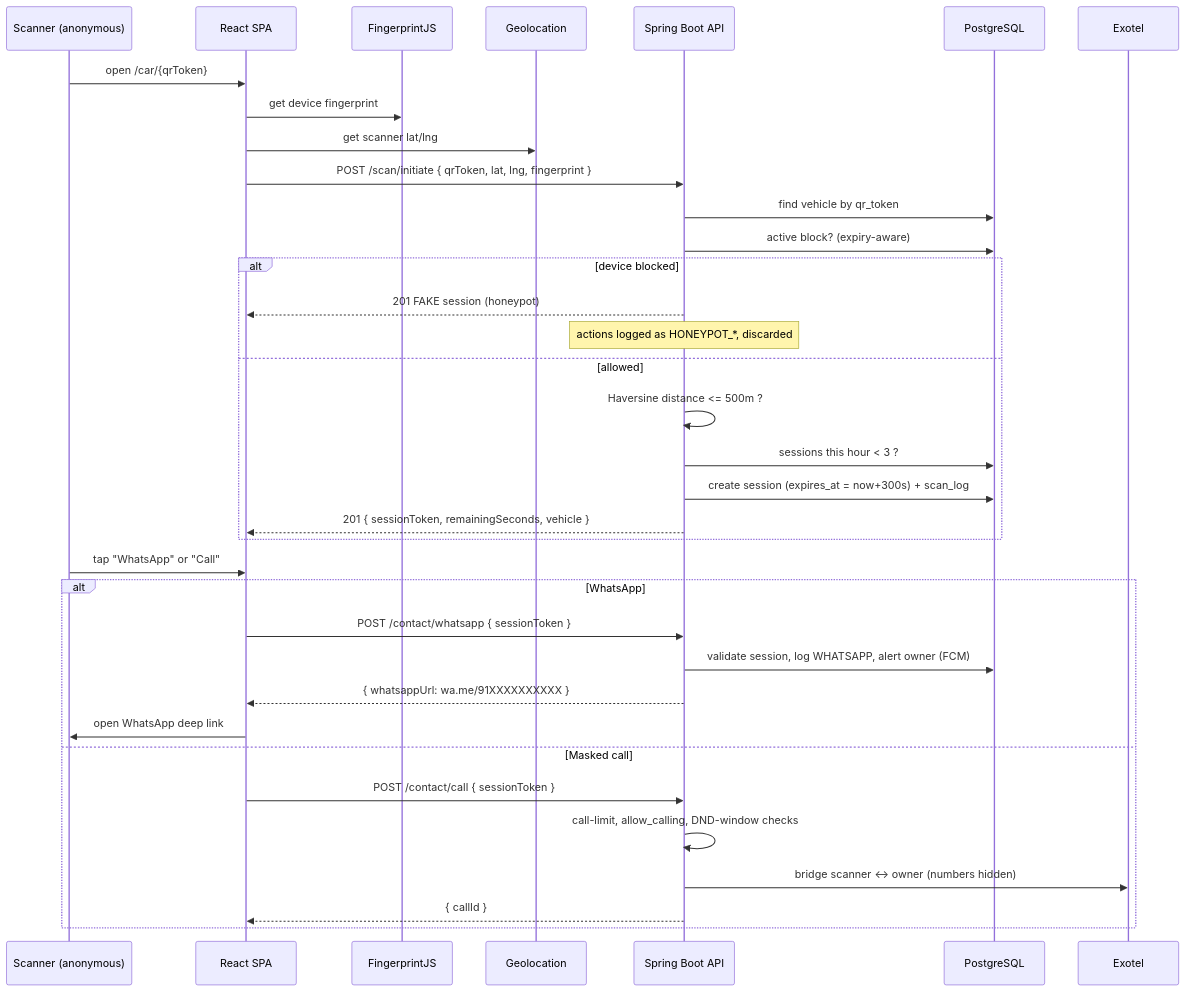
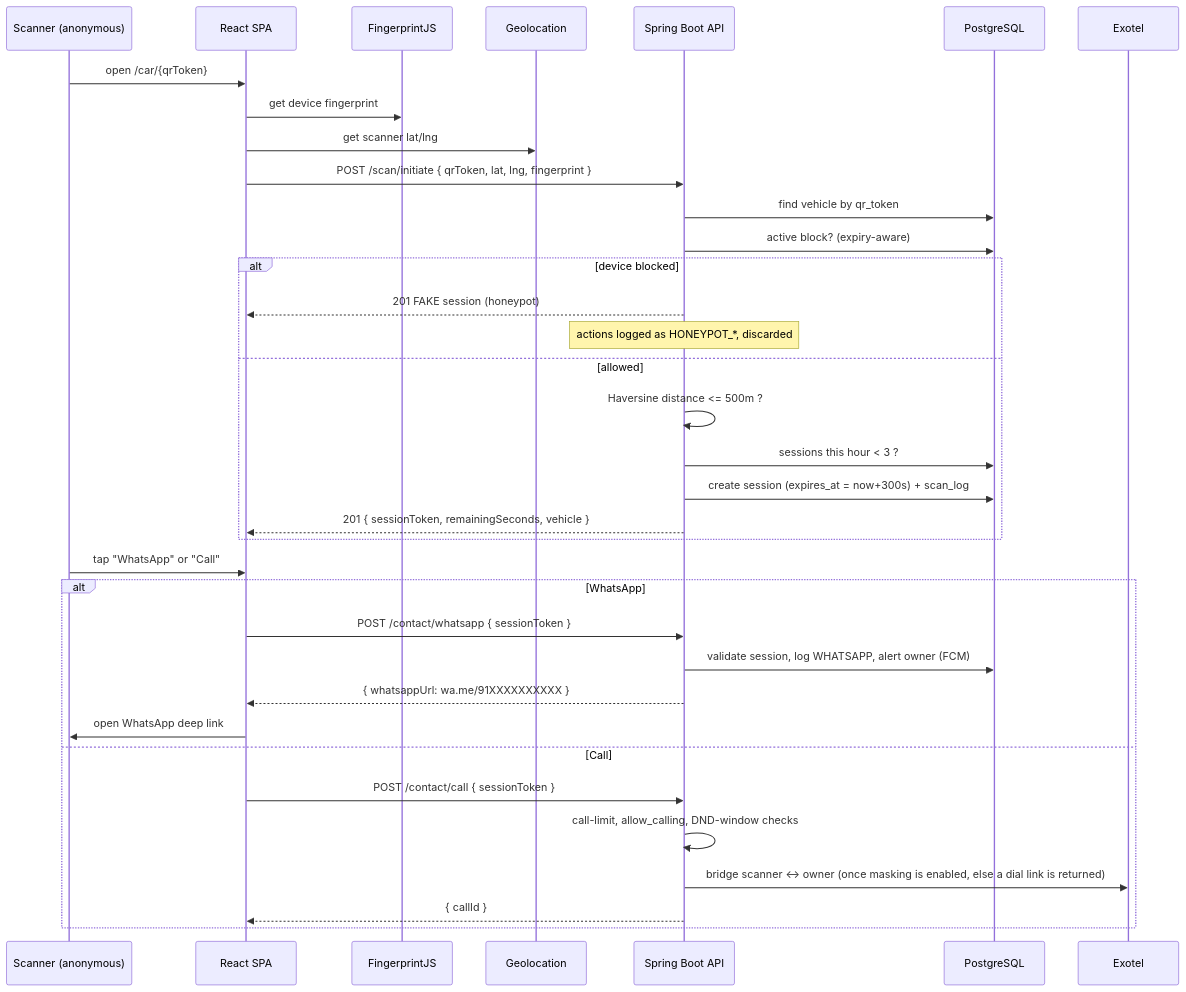
The third of 6 diagrams in projects/cartag/FLOWS.md (srajan1234/portfolio), drawn with Mermaid before and after one commit. The commit also changed other lines of this file and 11 other files, not shown here.

````diff
--- a/projects/cartag/FLOWS.md
+++ b/projects/cartag/FLOWS.md
@@ -63,38 +63,38 @@
 ```mermaid
 sequenceDiagram
     participant S as Scanner (anonymous)
     participant SPA as React SPA
     participant FP as FingerprintJS
     participant GEO as Geolocation
     participant API as Spring Boot API
     participant DB as PostgreSQL
     participant EXO as Exotel
 
     S->>SPA: open /car/{qrToken}
     SPA->>FP: get device fingerprint
     SPA->>GEO: get scanner lat/lng
     SPA->>API: POST /scan/initiate { qrToken, lat, lng, fingerprint }
     API->>DB: find vehicle by qr_token
     API->>DB: active block? (expiry-aware)
     alt device blocked
         API-->>SPA: 201 FAKE session (honeypot)
         Note over API: actions logged as HONEYPOT_*, discarded
     else allowed
         API->>API: Haversine distance <= 500m ?
         API->>DB: sessions this hour < 3 ?
         API->>DB: create session (expires_at = now+300s) + scan_log
         API-->>SPA: 201 { sessionToken, remainingSeconds, vehicle }
     end
     S->>SPA: tap "WhatsApp" or "Call"
     alt WhatsApp
         SPA->>API: POST /contact/whatsapp { sessionToken }
         API->>DB: validate session, log WHATSAPP, alert owner (FCM)
         API-->>SPA: { whatsappUrl: wa.me/91XXXXXXXXXX }
         SPA->>S: open WhatsApp deep link
-    else Masked call
+    else Call
         SPA->>API: POST /contact/call { sessionToken }
         API->>API: call-limit, allow_calling, DND-window checks
-        API->>EXO: bridge scanner <-> owner (numbers hidden)
+        API->>EXO: bridge scanner <-> owner (once masking is enabled, else a dial link is returned)
         API-->>SPA: { callId }
     end
 ```
````
